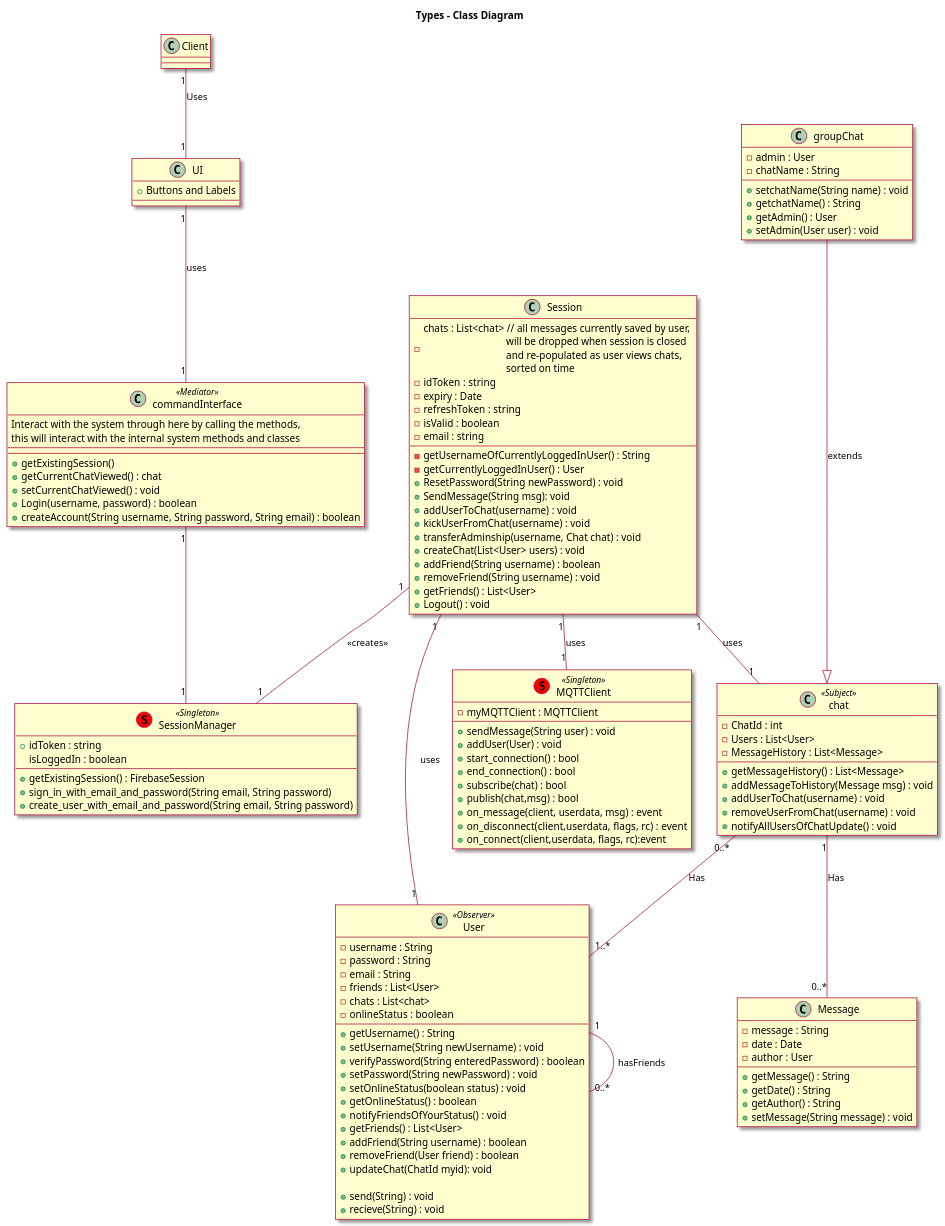
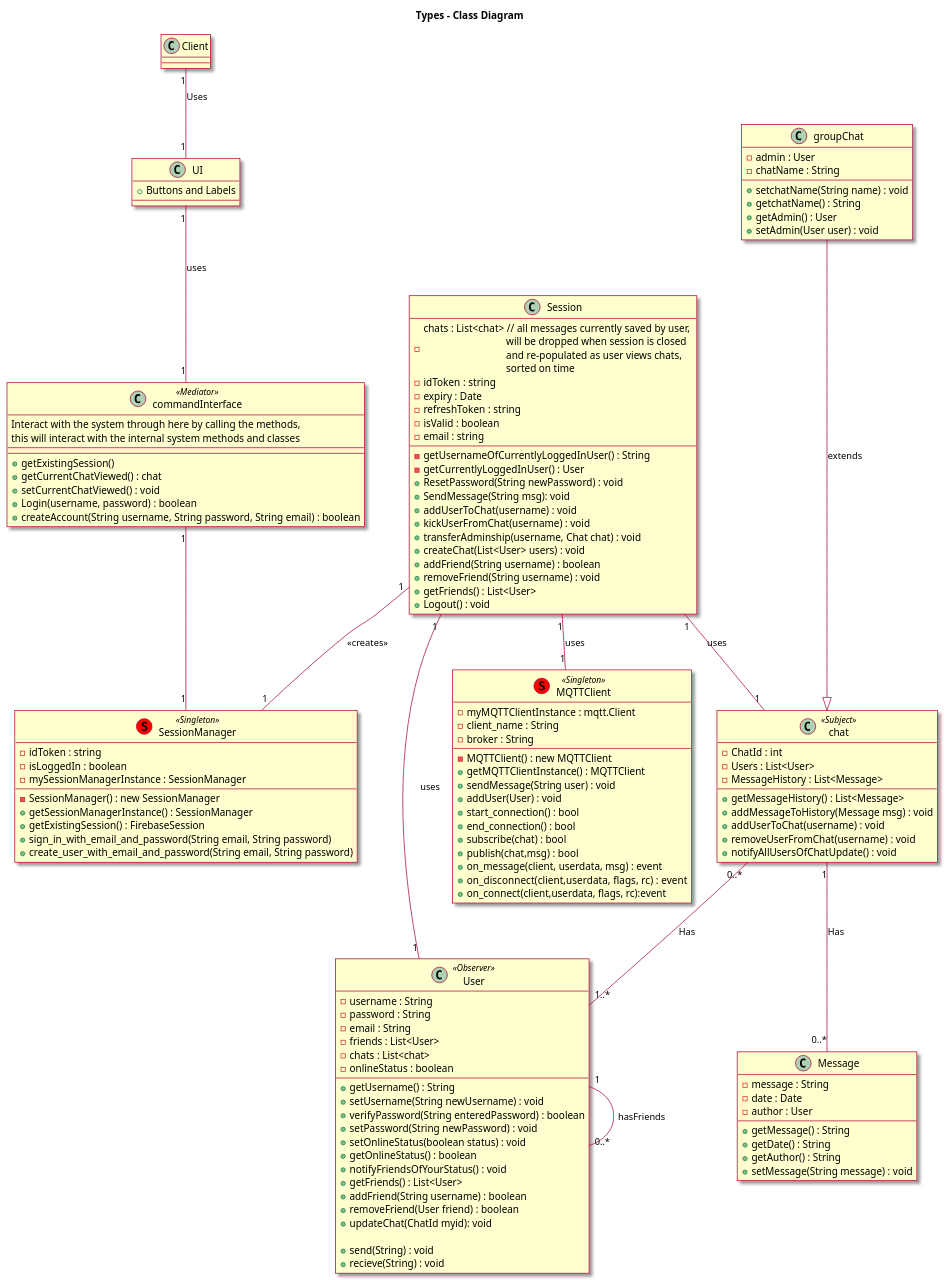
The diagram in diagrams/class_diagram.wsd (UBCO-COSC-310-Winter-2022-T2/the-project-marbl), drawn with PlantUML before and after one commit.

Commit message:
some extra MQTTClient variables and constructors for SessionManager and MQTTClient to make them proper singletons

```diff
--- a/diagrams/class_diagram.wsd
+++ b/diagrams/class_diagram.wsd
@@ -1,141 +1,148 @@
 @startuml
 
 skin rose
 
 title Types - Class Diagram
 
 
 skinparam componentStyle uml2
 class Client{}
 Client "1"--"1" UI: Uses
 
 class Message{
     - message : String
     - date : Date
     - author : User
     +getMessage() : String
     +getDate() : String
     +getAuthor() : String
     +setMessage(String message) : void
 }
 
 class User <<Observer>> {
     -username : String
     -password : String
     -email : String
     -friends : List<User>
     -chats : List<chat>
     -onlineStatus : boolean
 
     +getUsername() : String
     +setUsername(String newUsername) : void
     +verifyPassword(String enteredPassword) : boolean
     +setPassword(String newPassword) : void
     +setOnlineStatus(boolean status) : void
     +getOnlineStatus() : boolean
     +notifyFriendsOfYourStatus() : void
     +getFriends() : List<User>
     +addFriend(String username) : boolean
     +removeFriend(User friend) : boolean
     +updateChat(ChatId myid): void
 
     +send(String) : void
     +recieve(String) : void
 }
 
 User "1"--"0..*" User : hasFriends
 
 Class MQTTClient <<(S,red) Singleton>> {
-    -myMQTTClient : MQTTClient
+    -myMQTTClientInstance : mqtt.Client 
+    -client_name : String
+    -broker : String
+    -MQTTClient() : new MQTTClient
+    +getMQTTClientInstance() : MQTTClient
     +sendMessage(String user) : void
     +addUser(User) : void
     +start_connection() : bool
     +end_connection() : bool
     +subscribe(chat) : bool
     +publish(chat,msg) : bool
     +on_message(client, userdata, msg) : event
     +on_disconnect(client,userdata, flags, rc)  : event
     +on_connect(client,userdata, flags, rc):event
 }
 
 
 Class groupChat {
     -admin : User
     -chatName : String
     +setchatName(String name) : void
     +getchatName() : String
     +getAdmin() : User
     +setAdmin(User user) : void
 }
 
 Class chat <<Subject>> {
     -ChatId : int
     -Users : List<User>
     -MessageHistory : List<Message>
     +getMessageHistory() : List<Message>
     +addMessageToHistory(Message msg) : void
     +addUserToChat(username) : void
     +removeUserFromChat(username) : void
     +notifyAllUsersOfChatUpdate() : void
 }
 
 chat "0..*" -- "1..*" User : Has
 
 chat "1" -- "0..*" Message : Has
 
 groupChat---|> chat : extends
 
 class commandInterface <<Mediator>> {
     Interact with the system through here by calling the methods,
     this will interact with the internal system methods and classes
     --
     --
     +getExistingSession()
     +getCurrentChatViewed() : chat
     +setCurrentChatViewed() : void
     +Login(username, password) : boolean
     +createAccount(String username, String password, String email) : boolean
 }
 
 Session "1" -- "1" User : uses
 Session "1" -- "1" chat: uses
 
 class UI {
     +Buttons and Labels
 }
 
 class Session{
     -chats : List<chat> // all messages currently saved by user, \n\t\t\t\twill be dropped when session is closed\n\t\t\t\tand re-populated as user views chats, \n\t\t\t\tsorted on time
     -idToken : string
     -expiry : Date
     -refreshToken : string
     -isValid : boolean
     -email : string
     -getUsernameOfCurrentlyLoggedInUser() : String
     -getCurrentlyLoggedInUser() : User
     +ResetPassword(String newPassword) : void
     +SendMessage(String msg): void
     +addUserToChat(username) : void
     +kickUserFromChat(username) : void
     +transferAdminship(username, Chat chat) : void
     +createChat(List<User> users) : void
     +addFriend(String username) : boolean
     +removeFriend(String username) : void
     +getFriends() : List<User>
     +Logout() : void
 }
 
 class SessionManager <<(S,red) Singleton>>{
-    +idToken : string
-    isLoggedIn : boolean
+    -idToken : string
+    -isLoggedIn : boolean
+    -mySessionManagerInstance : SessionManager
+    -SessionManager() : new SessionManager
+    +getSessionManagerInstance() : SessionManager
     +getExistingSession() : FirebaseSession
     +sign_in_with_email_and_password(String email, String password)
     +create_user_with_email_and_password(String email, String password)
 }
 
 Session "1" -- "1" MQTTClient : uses
 Session "1" -- "1" SessionManager : <<creates>>
 UI "1" -- "1" commandInterface : uses
 commandInterface "1" -- "1" SessionManager
 
 @enduml
```
